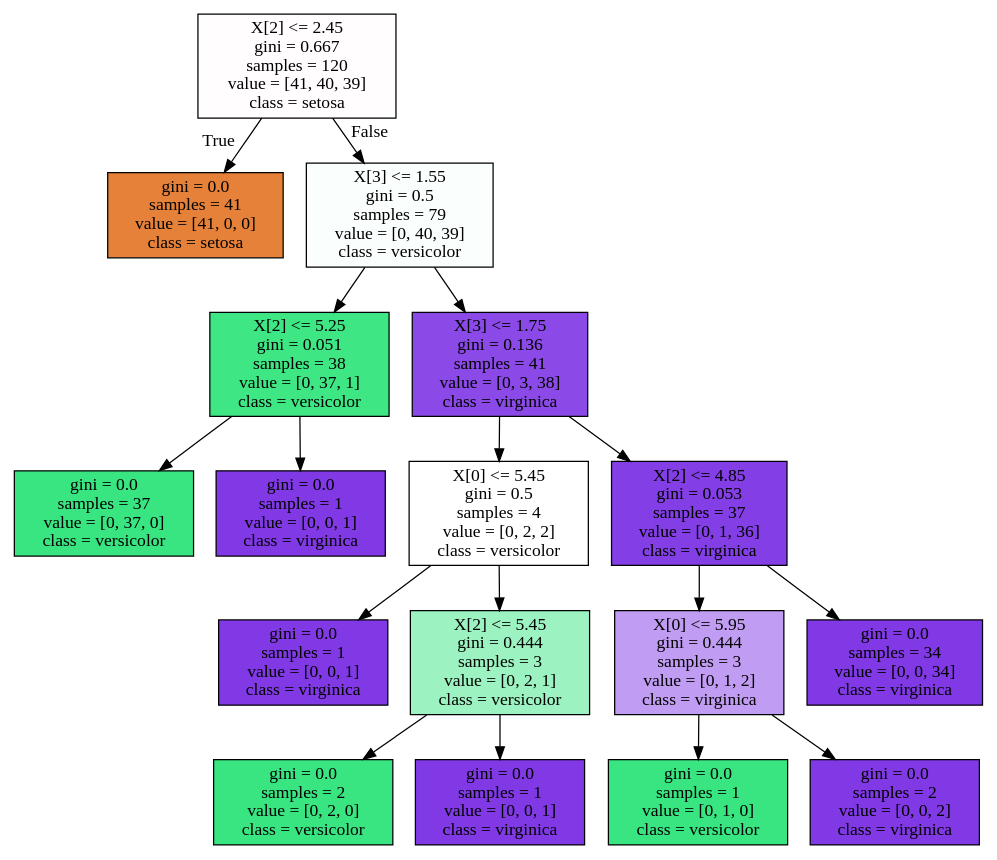
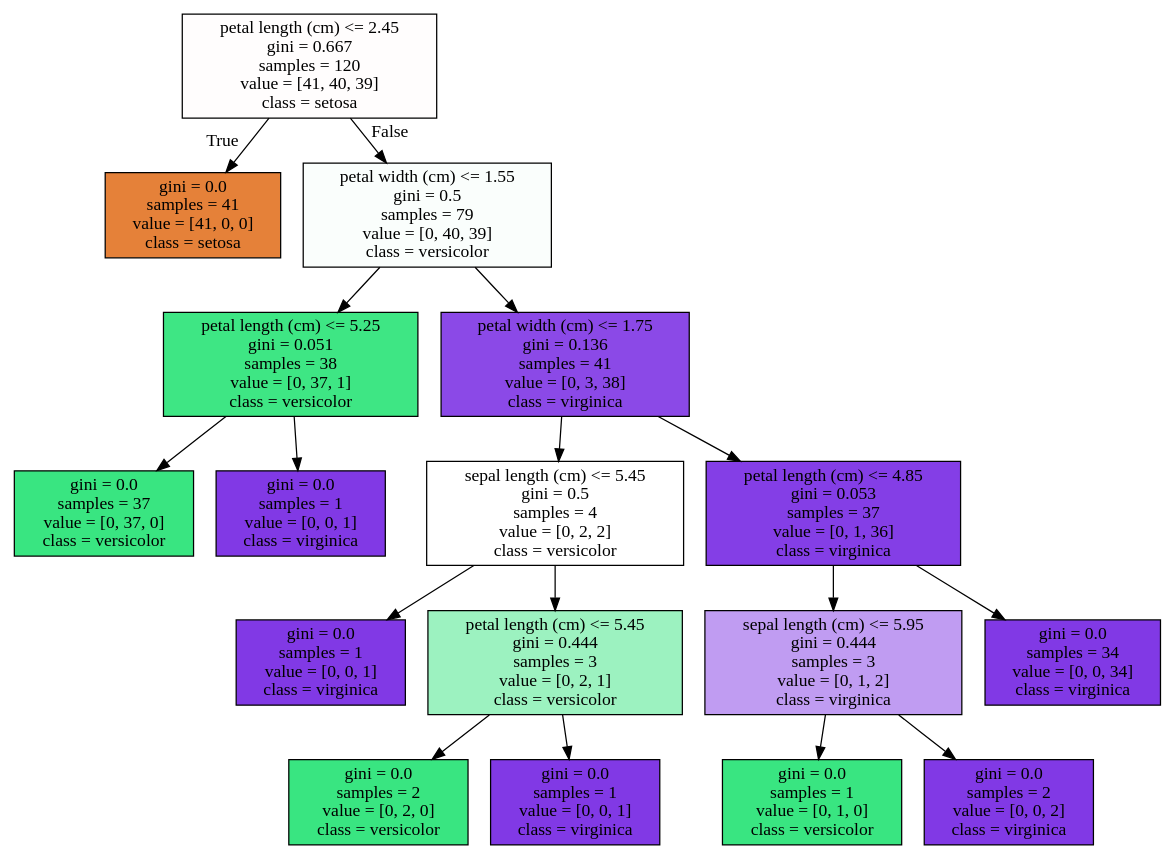
Before and after one commit to kjeon0901/python-spider-machinelearning: the diagram in tree.dot, drawn with Graphviz. The commit also changed 161 other files, not shown here.

```diff
--- a/tree.dot
+++ b/tree.dot
@@ -1,36 +1,36 @@
 digraph Tree {
 node [shape=box, style="filled", color="black"] ;
-0 [label="X[2] <= 2.45\ngini = 0.667\nsamples = 120\nvalue = [41, 40, 39]\nclass = setosa", fillcolor="#fffdfd"] ;
+0 [label="petal length (cm) <= 2.45\ngini = 0.667\nsamples = 120\nvalue = [41, 40, 39]\nclass = setosa", fillcolor="#fffdfd"] ;
 1 [label="gini = 0.0\nsamples = 41\nvalue = [41, 0, 0]\nclass = setosa", fillcolor="#e58139"] ;
 0 -> 1 [labeldistance=2.5, labelangle=45, headlabel="True"] ;
-2 [label="X[3] <= 1.55\ngini = 0.5\nsamples = 79\nvalue = [0, 40, 39]\nclass = versicolor", fillcolor="#fafefc"] ;
+2 [label="petal width (cm) <= 1.55\ngini = 0.5\nsamples = 79\nvalue = [0, 40, 39]\nclass = versicolor", fillcolor="#fafefc"] ;
 0 -> 2 [labeldistance=2.5, labelangle=-45, headlabel="False"] ;
-3 [label="X[2] <= 5.25\ngini = 0.051\nsamples = 38\nvalue = [0, 37, 1]\nclass = versicolor", fillcolor="#3ee684"] ;
+3 [label="petal length (cm) <= 5.25\ngini = 0.051\nsamples = 38\nvalue = [0, 37, 1]\nclass = versicolor", fillcolor="#3ee684"] ;
 2 -> 3 ;
 4 [label="gini = 0.0\nsamples = 37\nvalue = [0, 37, 0]\nclass = versicolor", fillcolor="#39e581"] ;
 3 -> 4 ;
 5 [label="gini = 0.0\nsamples = 1\nvalue = [0, 0, 1]\nclass = virginica", fillcolor="#8139e5"] ;
 3 -> 5 ;
-6 [label="X[3] <= 1.75\ngini = 0.136\nsamples = 41\nvalue = [0, 3, 38]\nclass = virginica", fillcolor="#8b49e7"] ;
+6 [label="petal width (cm) <= 1.75\ngini = 0.136\nsamples = 41\nvalue = [0, 3, 38]\nclass = virginica", fillcolor="#8b49e7"] ;
 2 -> 6 ;
-7 [label="X[0] <= 5.45\ngini = 0.5\nsamples = 4\nvalue = [0, 2, 2]\nclass = versicolor", fillcolor="#ffffff"] ;
+7 [label="sepal length (cm) <= 5.45\ngini = 0.5\nsamples = 4\nvalue = [0, 2, 2]\nclass = versicolor", fillcolor="#ffffff"] ;
 6 -> 7 ;
 8 [label="gini = 0.0\nsamples = 1\nvalue = [0, 0, 1]\nclass = virginica", fillcolor="#8139e5"] ;
 7 -> 8 ;
-9 [label="X[2] <= 5.45\ngini = 0.444\nsamples = 3\nvalue = [0, 2, 1]\nclass = versicolor", fillcolor="#9cf2c0"] ;
+9 [label="petal length (cm) <= 5.45\ngini = 0.444\nsamples = 3\nvalue = [0, 2, 1]\nclass = versicolor", fillcolor="#9cf2c0"] ;
 7 -> 9 ;
 10 [label="gini = 0.0\nsamples = 2\nvalue = [0, 2, 0]\nclass = versicolor", fillcolor="#39e581"] ;
 9 -> 10 ;
 11 [label="gini = 0.0\nsamples = 1\nvalue = [0, 0, 1]\nclass = virginica", fillcolor="#8139e5"] ;
 9 -> 11 ;
-12 [label="X[2] <= 4.85\ngini = 0.053\nsamples = 37\nvalue = [0, 1, 36]\nclass = virginica", fillcolor="#843ee6"] ;
+12 [label="petal length (cm) <= 4.85\ngini = 0.053\nsamples = 37\nvalue = [0, 1, 36]\nclass = virginica", fillcolor="#843ee6"] ;
 6 -> 12 ;
-13 [label="X[0] <= 5.95\ngini = 0.444\nsamples = 3\nvalue = [0, 1, 2]\nclass = virginica", fillcolor="#c09cf2"] ;
+13 [label="sepal length (cm) <= 5.95\ngini = 0.444\nsamples = 3\nvalue = [0, 1, 2]\nclass = virginica", fillcolor="#c09cf2"] ;
 12 -> 13 ;
 14 [label="gini = 0.0\nsamples = 1\nvalue = [0, 1, 0]\nclass = versicolor", fillcolor="#39e581"] ;
 13 -> 14 ;
 15 [label="gini = 0.0\nsamples = 2\nvalue = [0, 0, 2]\nclass = virginica", fillcolor="#8139e5"] ;
 13 -> 15 ;
 16 [label="gini = 0.0\nsamples = 34\nvalue = [0, 0, 34]\nclass = virginica", fillcolor="#8139e5"] ;
 12 -> 16 ;
 }
```
